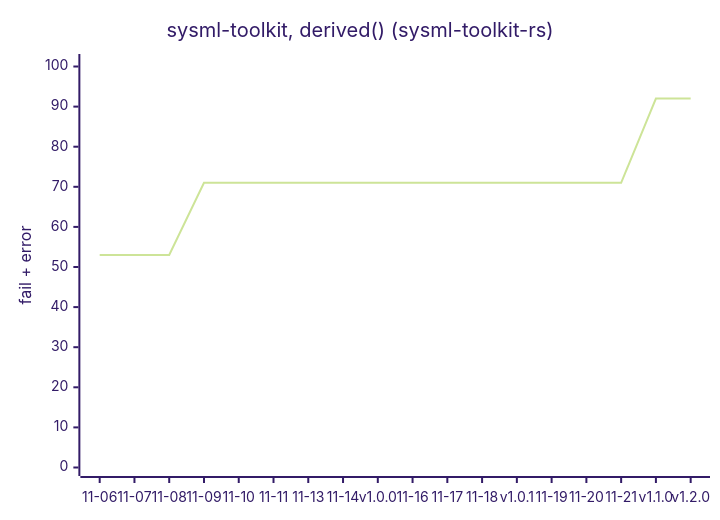
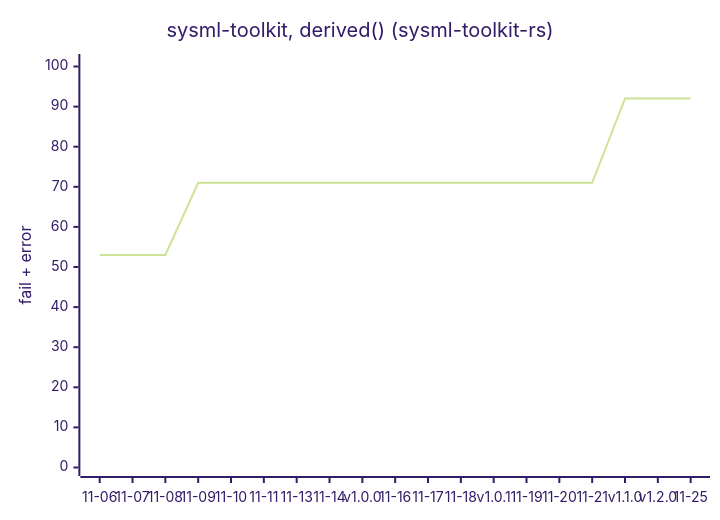
Before and after one commit to hideo67/sysmlv2-tests: the third of 4 diagrams in test-suite/PROGRESS-SNAPSHOT.md, drawn with Mermaid (forest theme). The commit also changed other lines of this file and 2 other files, not shown here.

````diff
--- a/test-suite/PROGRESS-SNAPSHOT.md
+++ b/test-suite/PROGRESS-SNAPSHOT.md
@@ -34,7 +34,7 @@
 ```mermaid
 xychart-beta
     title "sysml-toolkit, derived() (sysml-toolkit-rs)"
-    x-axis ["11-06", "11-07", "11-08", "11-09", "11-10", "11-11", "11-13", "11-14", "v1.0.0", "11-16", "11-17", "11-18", "v1.0.1", "11-19", "11-20", "11-21", "v1.1.0", "v1.2.0"]
+    x-axis ["11-06", "11-07", "11-08", "11-09", "11-10", "11-11", "11-13", "11-14", "v1.0.0", "11-16", "11-17", "11-18", "v1.0.1", "11-19", "11-20", "11-21", "v1.1.0", "v1.2.0", "11-25"]
     y-axis "fail + error" 0 --> 101
-    line [53, 53, 53, 71, 71, 71, 71, 71, 71, 71, 71, 71, 71, 71, 71, 71, 92, 92]
+    line [53, 53, 53, 71, 71, 71, 71, 71, 71, 71, 71, 71, 71, 71, 71, 71, 92, 92, 92]
 ```
````
